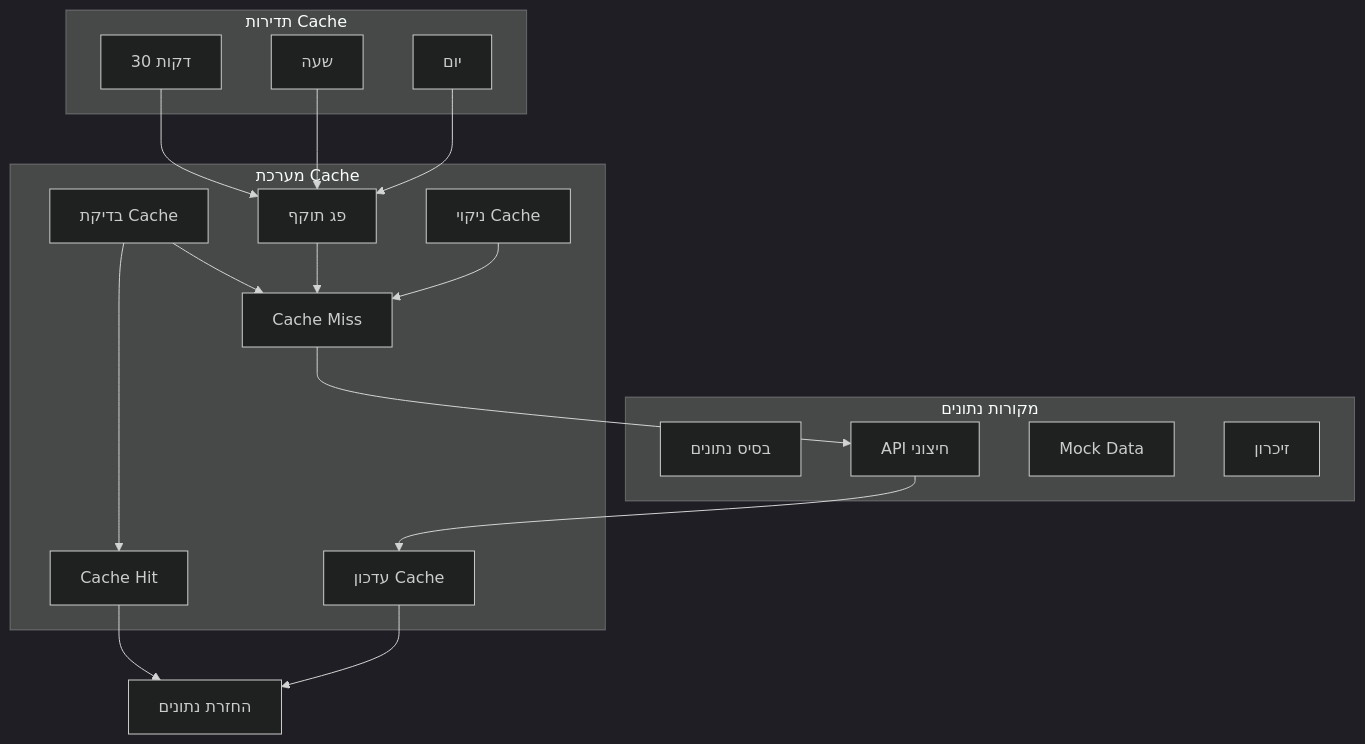
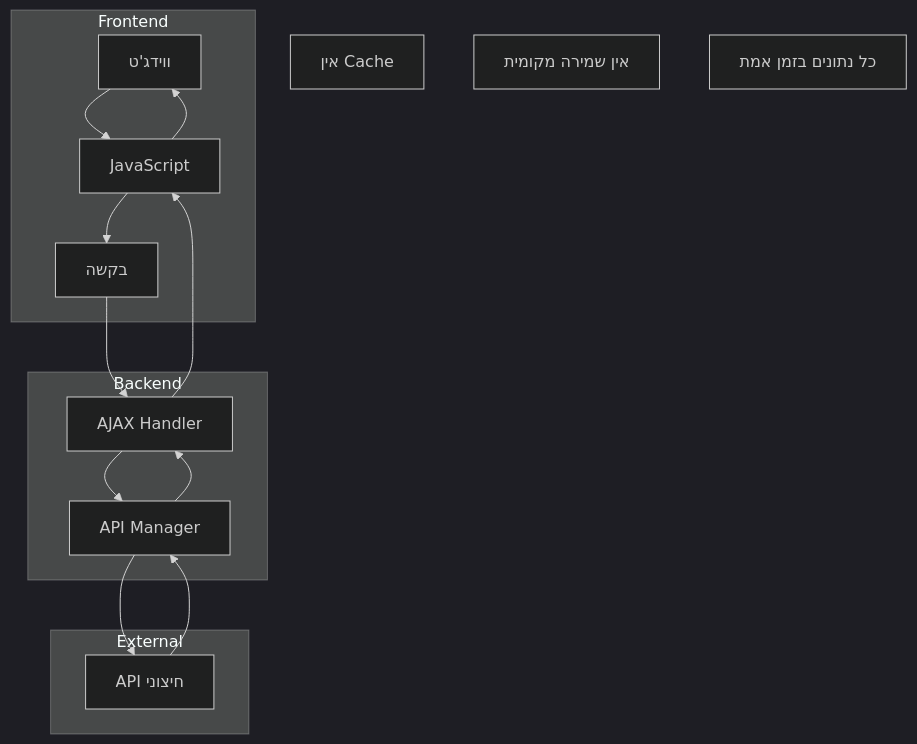
The sixth of 8 diagrams in docs/DETAILED_FLOW.md (OrielBenMoshe/clinic-queue-management), drawn with Mermaid (dark theme) before and after one commit. The commit also changed other lines of this file and 78 other files, not shown here.

````diff
--- a/docs/DETAILED_FLOW.md
+++ b/docs/DETAILED_FLOW.md
@@ -238,37 +202,31 @@
 ```mermaid
 graph TD
-    subgraph "מערכת Cache"
-        CHECK[בדיקת Cache]
-        HIT[Cache Hit]
-        MISS[Cache Miss]
-        UPDATE[עדכון Cache]
-        EXPIRE[פג תוקף]
-        CLEAR[ניקוי Cache]
+    subgraph "Frontend"
+        WIDGET[ווידג'ט]
+        JS[JavaScript]
+        REQUEST[בקשה]
     end
     
-    subgraph "מקורות נתונים"
-        DB[בסיס נתונים]
-        API[API חיצוני]
-        MOCK[Mock Data]
-        MEMORY[זיכרון]
+    subgraph "Backend"
+        AJAX[AJAX Handler]
+        API_MGR[API Manager]
     end
     
-    subgraph "תדירות Cache"
-        SHORT[30 דקות]
-        MEDIUM[שעה]
-        LONG[יום]
+    subgraph "External"
+        EXT_API[API חיצוני]
     end
     
-    CHECK --> HIT
-    CHECK --> MISS
-    HIT --> RETURN[החזרת נתונים]
-    MISS --> API
-    API --> UPDATE
-    UPDATE --> RETURN
-    EXPIRE --> MISS
-    CLEAR --> MISS
+    WIDGET --> JS
+    JS --> REQUEST
+    REQUEST --> AJAX
+    AJAX --> API_MGR
+    API_MGR --> EXT_API
+    EXT_API --> API_MGR
+    API_MGR --> AJAX
+    AJAX --> JS
+    JS --> WIDGET
     
-    SHORT --> EXPIRE
-    MEDIUM --> EXPIRE
-    LONG --> EXPIRE
+    Note1[אין Cache]
+    Note2[אין שמירה מקומית]
+    Note3[כל נתונים בזמן אמת]
 ```
````
